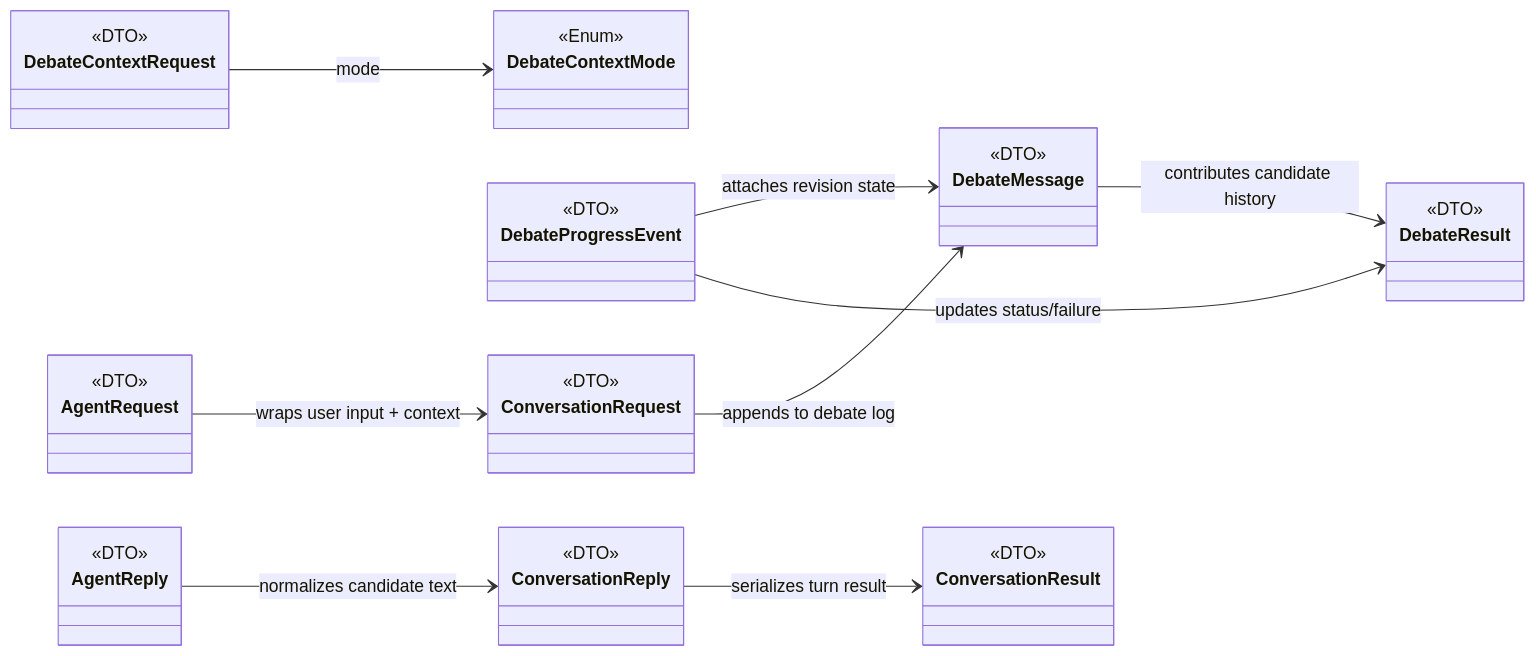
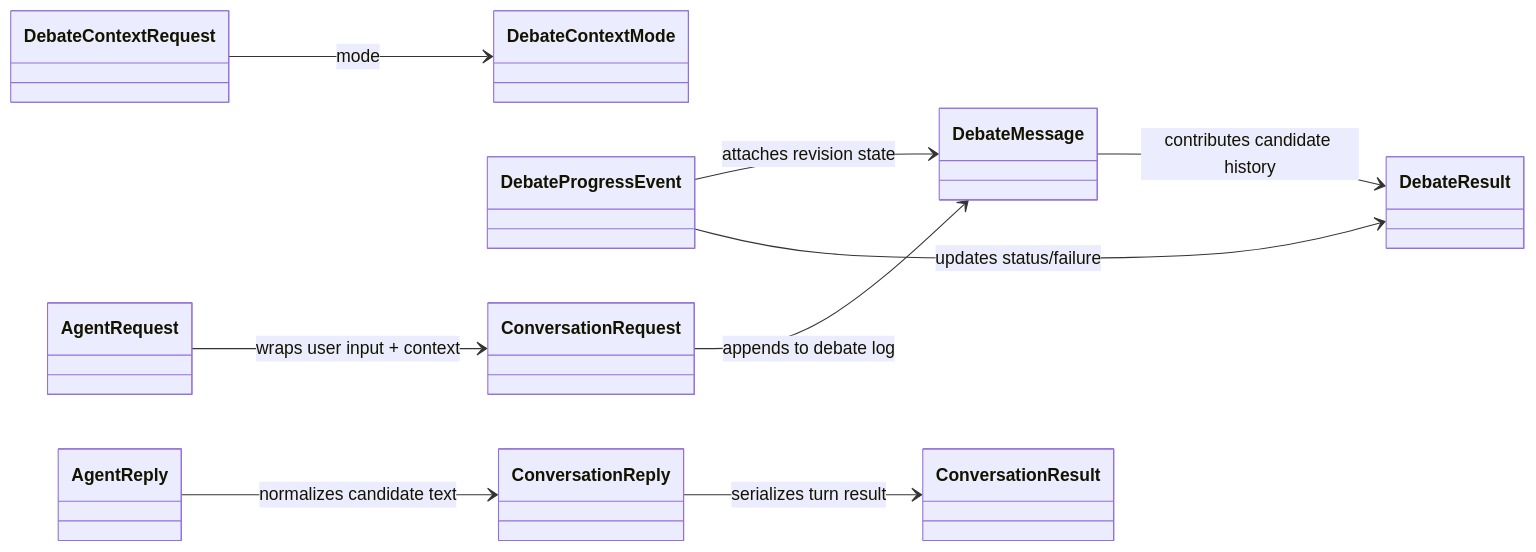
One commit to Kims-DeveloperGroup/story-writing-agents changed the fourth of 5 diagrams in docs/design/overview.md. Above: the diagram before and after it, drawn with Mermaid. The commit also changed other lines of this file, not shown here.

Commit message:
Simplify object-level mermaid topology diagram

````diff
--- a/docs/design/overview.md
+++ b/docs/design/overview.md
@@ -253,23 +263,23 @@
 ```mermaid
 classDiagram
     direction LR
-    class DebateContextRequest <<DTO>>
-    class DebateContextMode <<Enum>>
-    class DebateProgressEvent <<DTO>>
-    class DebateMessage <<DTO>>
-    class DebateResult <<DTO>>
-    class AgentRequest <<DTO>>
-    class AgentReply <<DTO>>
-    class ConversationRequest <<DTO>>
-    class ConversationReply <<DTO>>
-    class ConversationResult <<DTO>>
+    class DebateContextRequest
+    class DebateContextMode
+    class DebateProgressEvent
+    class DebateMessage
+    class DebateResult
+    class AgentRequest
+    class AgentReply
+    class ConversationRequest
+    class ConversationReply
+    class ConversationResult
 
     DebateContextRequest --> DebateContextMode : mode
     DebateProgressEvent --> DebateMessage : attaches revision state
     DebateMessage --> DebateResult : contributes candidate history
     AgentRequest --> ConversationRequest : wraps user input + context
     ConversationRequest --> DebateMessage : appends to debate log
     AgentReply --> ConversationReply : normalizes candidate text
     ConversationReply --> ConversationResult : serializes turn result
     DebateProgressEvent --> DebateResult : updates status/failure
 ```
````
